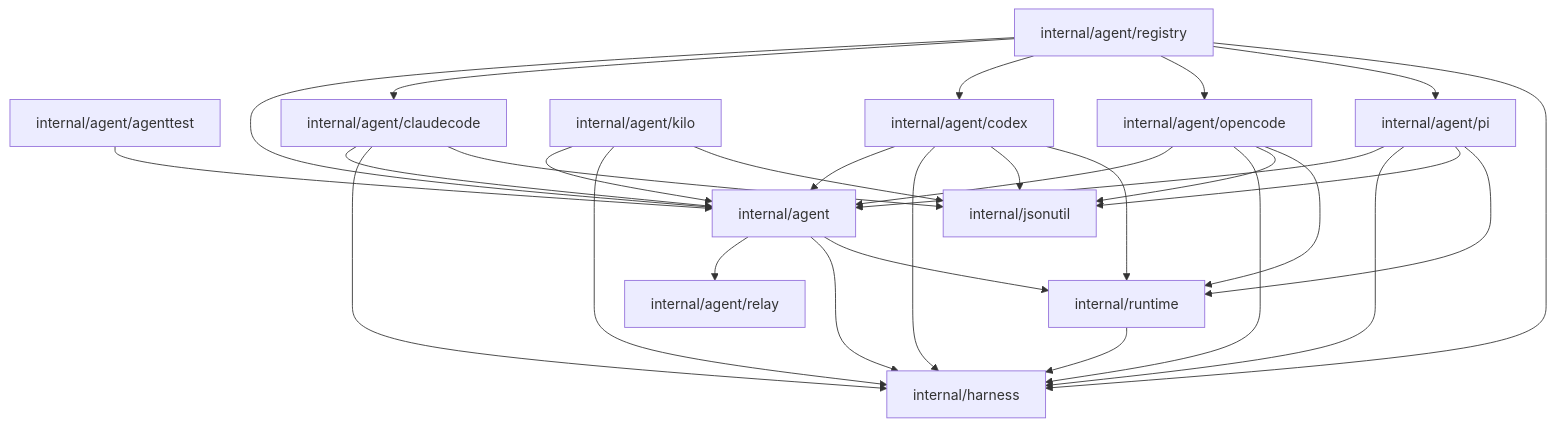
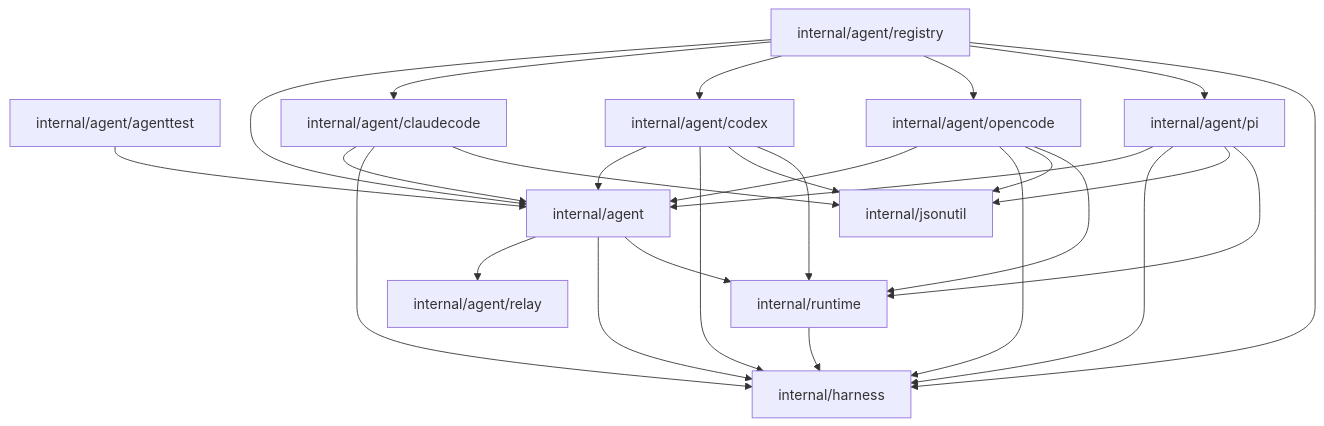
One commit to caic-xyz/caic changed the second of 3 diagrams in backend/docs/ARCHITECTURE.md. Above: the diagram before and after it, drawn with Mermaid. The commit also changed other lines of this file and 27 other files, not shown here.

First line of the commit message:
Remove Kilo Code agent backend

````diff
--- a/backend/docs/ARCHITECTURE.md
+++ b/backend/docs/ARCHITECTURE.md
@@ -193,45 +193,41 @@
 ```mermaid
 graph TD
   pkg_internal_agent["internal/agent"]
   pkg_internal_agent_agenttest["internal/agent/agenttest"]
   pkg_internal_agent_claudecode["internal/agent/claudecode"]
   pkg_internal_agent_codex["internal/agent/codex"]
-  pkg_internal_agent_kilo["internal/agent/kilo"]
   pkg_internal_agent_opencode["internal/agent/opencode"]
   pkg_internal_agent_pi["internal/agent/pi"]
   pkg_internal_agent_registry["internal/agent/registry"]
   pkg_internal_agent_relay["internal/agent/relay"]
   pkg_internal_harness["internal/harness"]
   pkg_internal_jsonutil["internal/jsonutil"]
   pkg_internal_runtime["internal/runtime"]
 
   pkg_internal_agent --> pkg_internal_agent_relay
   pkg_internal_agent --> pkg_internal_harness
   pkg_internal_agent --> pkg_internal_runtime
   pkg_internal_agent_agenttest --> pkg_internal_agent
   pkg_internal_agent_claudecode --> pkg_internal_agent
   pkg_internal_agent_claudecode --> pkg_internal_harness
   pkg_internal_agent_claudecode --> pkg_internal_jsonutil
   pkg_internal_agent_codex --> pkg_internal_agent
   pkg_internal_agent_codex --> pkg_internal_harness
   pkg_internal_agent_codex --> pkg_internal_jsonutil
   pkg_internal_agent_codex --> pkg_internal_runtime
-  pkg_internal_agent_kilo --> pkg_internal_agent
-  pkg_internal_agent_kilo --> pkg_internal_harness
-  pkg_internal_agent_kilo --> pkg_internal_jsonutil
   pkg_internal_agent_opencode --> pkg_internal_agent
   pkg_internal_agent_opencode --> pkg_internal_harness
   pkg_internal_agent_opencode --> pkg_internal_jsonutil
   pkg_internal_agent_opencode --> pkg_internal_runtime
   pkg_internal_agent_pi --> pkg_internal_agent
   pkg_internal_agent_pi --> pkg_internal_harness
   pkg_internal_agent_pi --> pkg_internal_jsonutil
   pkg_internal_agent_pi --> pkg_internal_runtime
   pkg_internal_agent_registry --> pkg_internal_agent
   pkg_internal_agent_registry --> pkg_internal_agent_claudecode
   pkg_internal_agent_registry --> pkg_internal_agent_codex
   pkg_internal_agent_registry --> pkg_internal_agent_opencode
   pkg_internal_agent_registry --> pkg_internal_agent_pi
   pkg_internal_agent_registry --> pkg_internal_harness
   pkg_internal_runtime --> pkg_internal_harness
 ```
````
